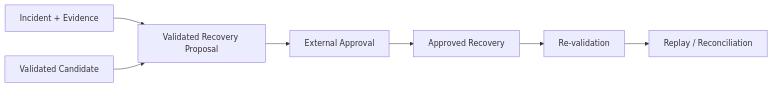
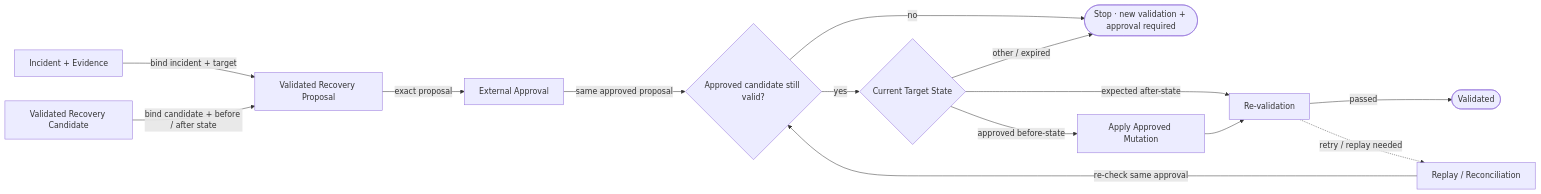
One commit to mols3131d/hmda-data-reliability changed the second of 2 diagrams in docs/domains/reliability.md. Above: the diagram before and after it, drawn with Mermaid. The commit also changed other lines of this file and 3 other files, not shown here.

Commit message:
docs: upgrade Mermaid diagrams across docs (#116)

````diff
--- a/docs/domains/reliability.md
+++ b/docs/domains/reliability.md
@@ -35,9 +42,19 @@
 ```mermaid
 flowchart LR
-    incident["Incident + Evidence"] --> proposal["Validated Recovery Proposal"]
-    candidate["Validated Candidate"] --> proposal
-    proposal --> approval["External Approval"]
-    approval --> recovery["Approved Recovery"]
-    recovery --> verify["Re-validation"]
-    verify --> replay["Replay / Reconciliation"]
+    incident["Incident + Evidence"] -->|bind incident + target| proposal["Validated Recovery Proposal"]
+    candidate["Validated Recovery Candidate"] -->|bind candidate + before / after state| proposal
+    proposal -->|exact proposal| approval["External Approval"]
+    approval -->|same approved proposal| recheck{"Approved candidate still valid?"}
+
+    recheck -->|no| stop(["Stop · new validation + approval required"])
+    recheck -->|yes| gate{"Current Target State"}
+
+    gate -->|approved before-state| recovery["Apply Approved Mutation"]
+    gate -->|expected after-state| verify["Re-validation"]
+    gate -->|other / expired| stop
+
+    recovery --> verify
+    verify -->|passed| done(["Validated"])
+    verify -.->|retry / replay needed| replay["Replay / Reconciliation"]
+    replay -->|re-check same approval| recheck
 ```
````
